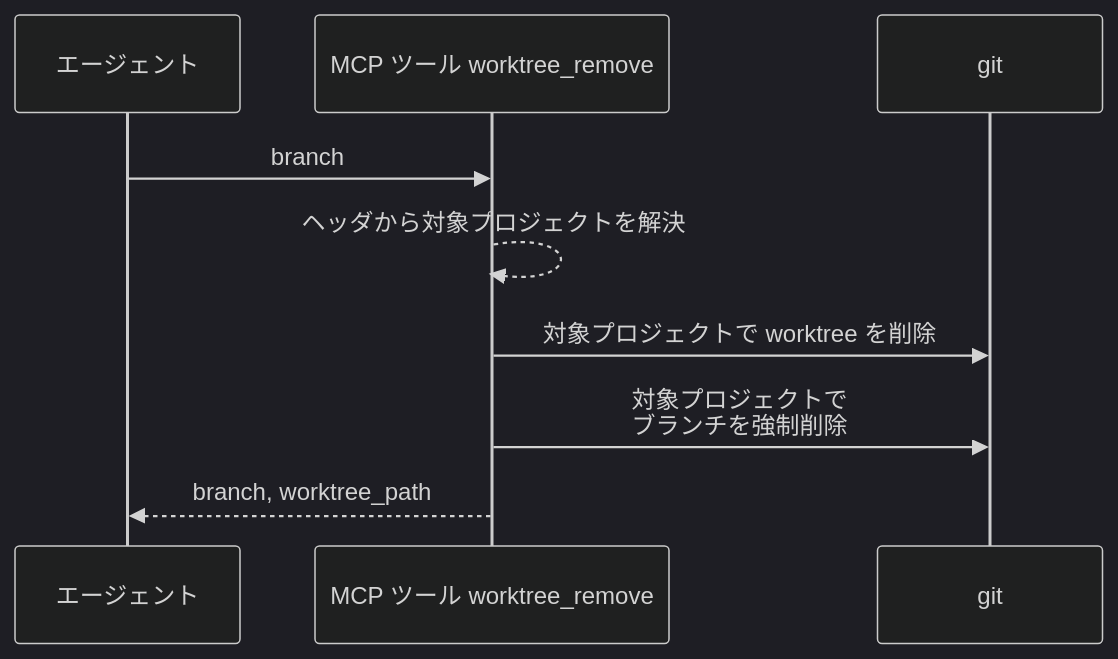
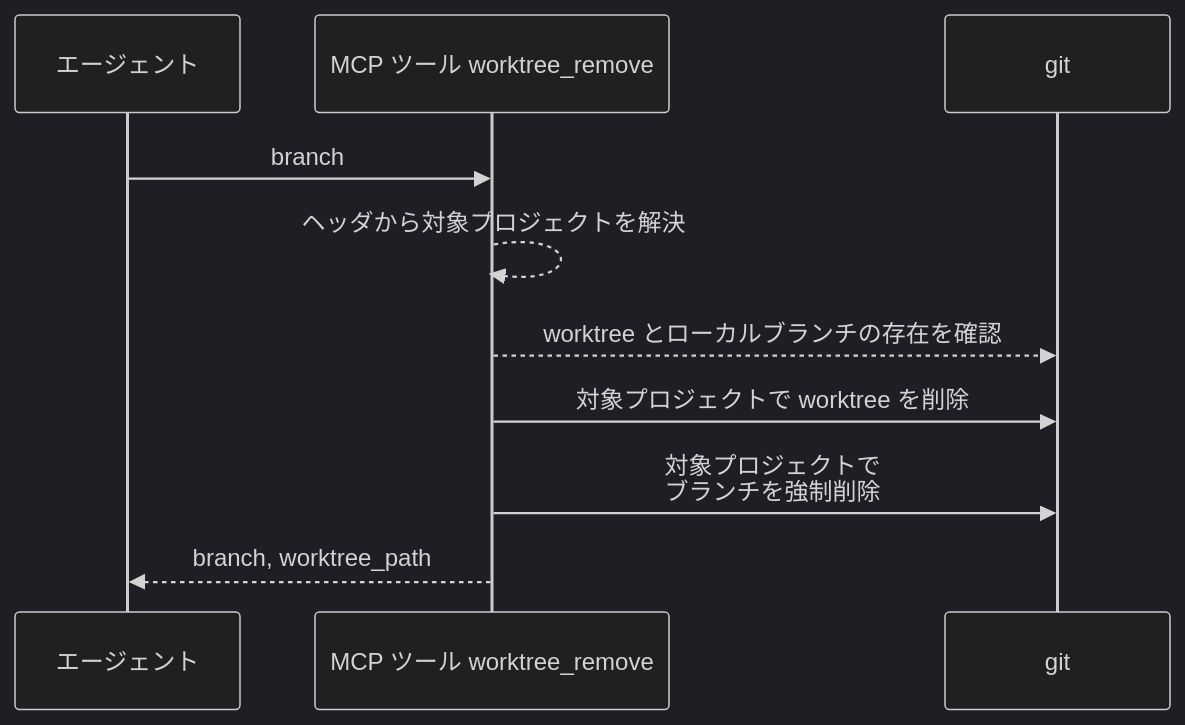
Before and after one commit to shuhei1101/ai-monitor: the first of 3 diagrams in docs/wiki/設計図/バックエンド結合/worktree削除.py.md, drawn with Mermaid (dark theme). The commit also changed other lines of this file and 28 other files, not shown here.

````diff
--- a/docs/wiki/設計図/バックエンド結合/worktree削除.py.md
+++ b/docs/wiki/設計図/バックエンド結合/worktree削除.py.md
@@ -76,12 +79,13 @@
 ```mermaid
 sequenceDiagram
   participant A as エージェント
   participant T as MCP ツール worktree_remove
   participant G as git
 
   A->>T: branch
   T-->>T: ヘッダから対象プロジェクトを解決
+  T-->>G: worktree とローカルブランチの存在を確認
   T->>G: 対象プロジェクトで worktree を削除
   T->>G: 対象プロジェクトで<br>ブランチを強制削除
   T-->>A: branch, worktree_path
 ```
````
